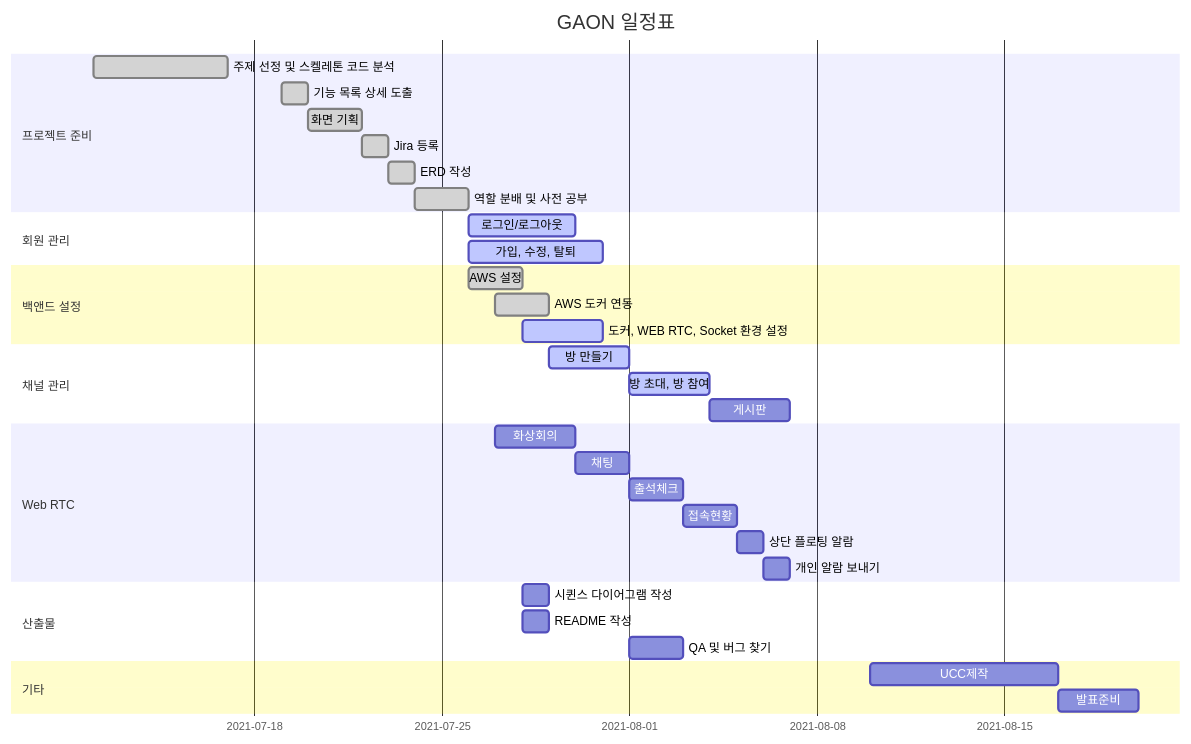
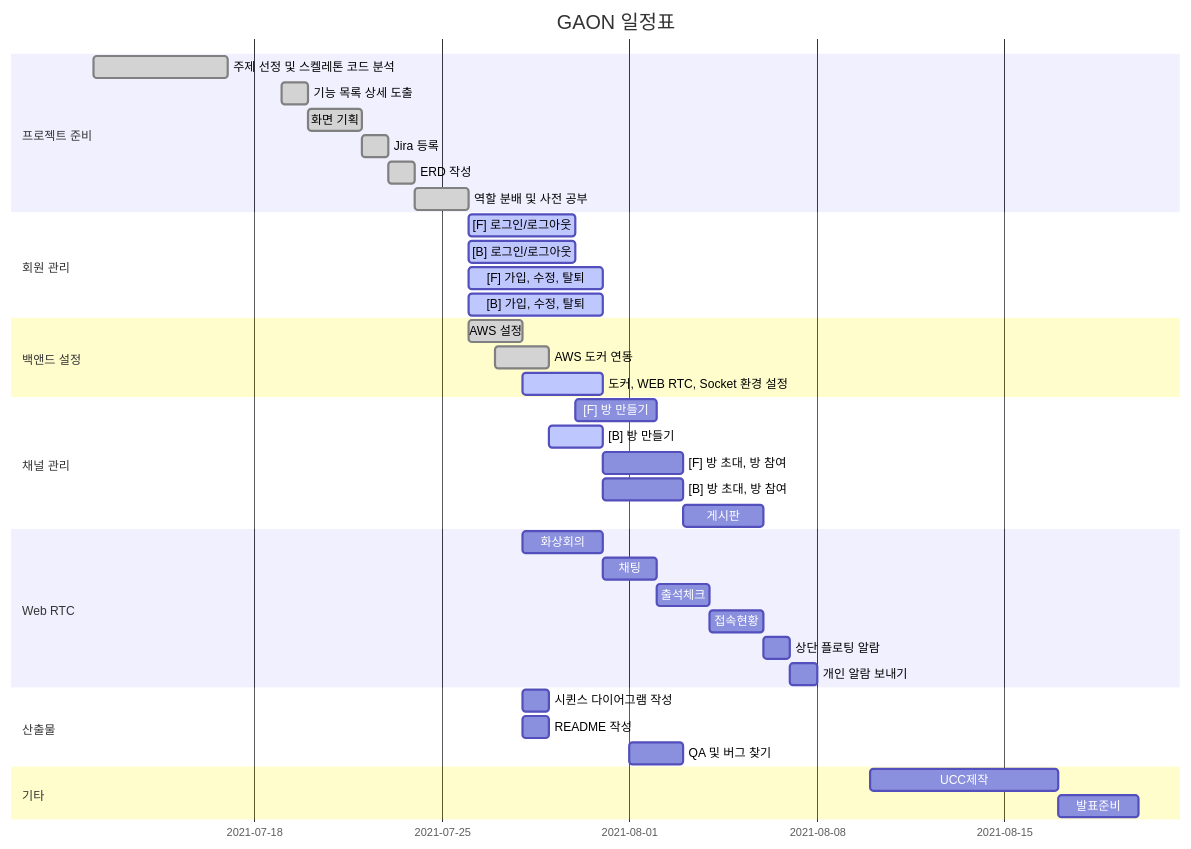
One commit to WangHoJin/GAON changed the diagram in README.md. Above: the diagram before and after it, drawn with Mermaid.

````diff
--- a/README.md
+++ b/README.md
@@ -5,47 +5,52 @@
 ```mermaid
 gantt
     dateFormat  MM-DD
     title       GAON 일정표
     %% excludes    weekends
     %% (`excludes` accepts specific dates in YYYY-MM-DD format, days of the week ("sunday") or "weekends", but not the word "weekdays".)
 
     section 프로젝트 준비
     주제 선정 및 스켈레톤 코드 분석	:done, 07-12, 5d
     기능 목록 상세 도출		   :done, 07-19, 1d
     화면 기획				  :done,07-20, 2d
    	Jira 등록		: done, 07-22, 1d
     ERD 작성		: done, 07-23, 1d
     역할 분배 및 사전 공부		: done, 07-24, 2d
    
     
 	  section 회원 관리
-    로그인/로그아웃		: active, 07-26, 4d
-    가입, 수정, 탈퇴		 : active, 07-26, 5d
+    [F] 로그인/로그아웃		: active, 07-26, 4d
+    [B] 로그인/로그아웃		: active, 07-26, 4d
+    [F] 가입, 수정, 탈퇴		 : active, 07-26, 5d
+    [B] 가입, 수정, 탈퇴		 : active, 07-26, 5d
      
    section 백앤드 설정
     AWS 설정		:done, 07-26, 2d
     AWS 도커 연동 : done, 07-27, 2d
     도커, WEB RTC, Socket 환경 설정		 : active, 07-28, 3d
 
     section 채널 관리
-    방 만들기 	: active, ch1, 07-29, 3d
-    방 초대, 방 참여   : active, ch2, after ch1, 3d
+    [F] 방 만들기 	: ch1, 07-30, 3d
+    [B] 방 만들기 	: active, ch1, 07-29, 2d
+    [F] 방 초대, 방 참여   :  ch2, after ch1, 3d
+    [B] 방 초대, 방 참여   :  ch2, after ch1, 3d
+   
     게시판 :after ch2, 3d
     
     section Web RTC
-    화상회의 : rtc1, 07-27, 3d
+    화상회의 : rtc1, 07-28, 3d
     채팅     :rtc2, after rtc1, 2d
     출석체크   : rtc3, after rtc2, 2d
     접속현황  : rtc4, after rtc3, 2d
     상단 플로팅 알람 : rtc5, after rtc4, 1d
     개인 알람 보내기 : after rtc5, 1d
     
     section 산출물
     시퀸스 다이어그램 작성   :07-28, 1d
     README 작성  			:07-28, 1d
     QA 및 버그 찾기  	  :08-01, 2d
     
     section 기타
     UCC제작 :08-10, 7d
     발표준비 :08-17, 3d
 ```
````
